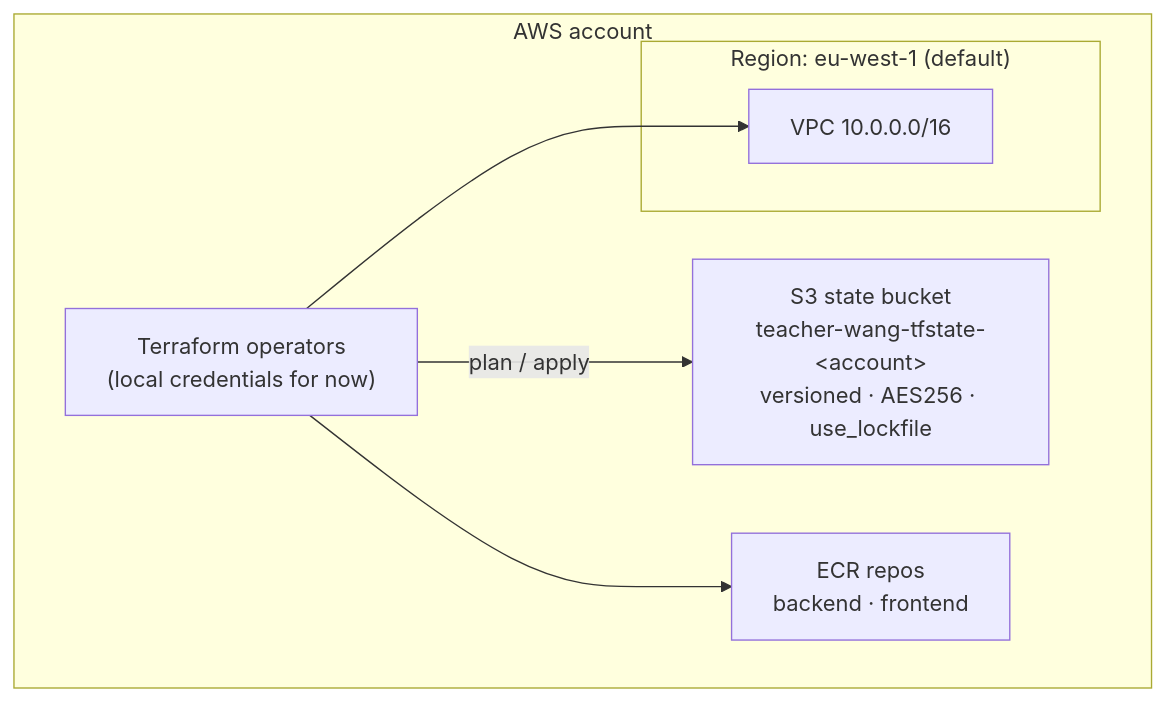
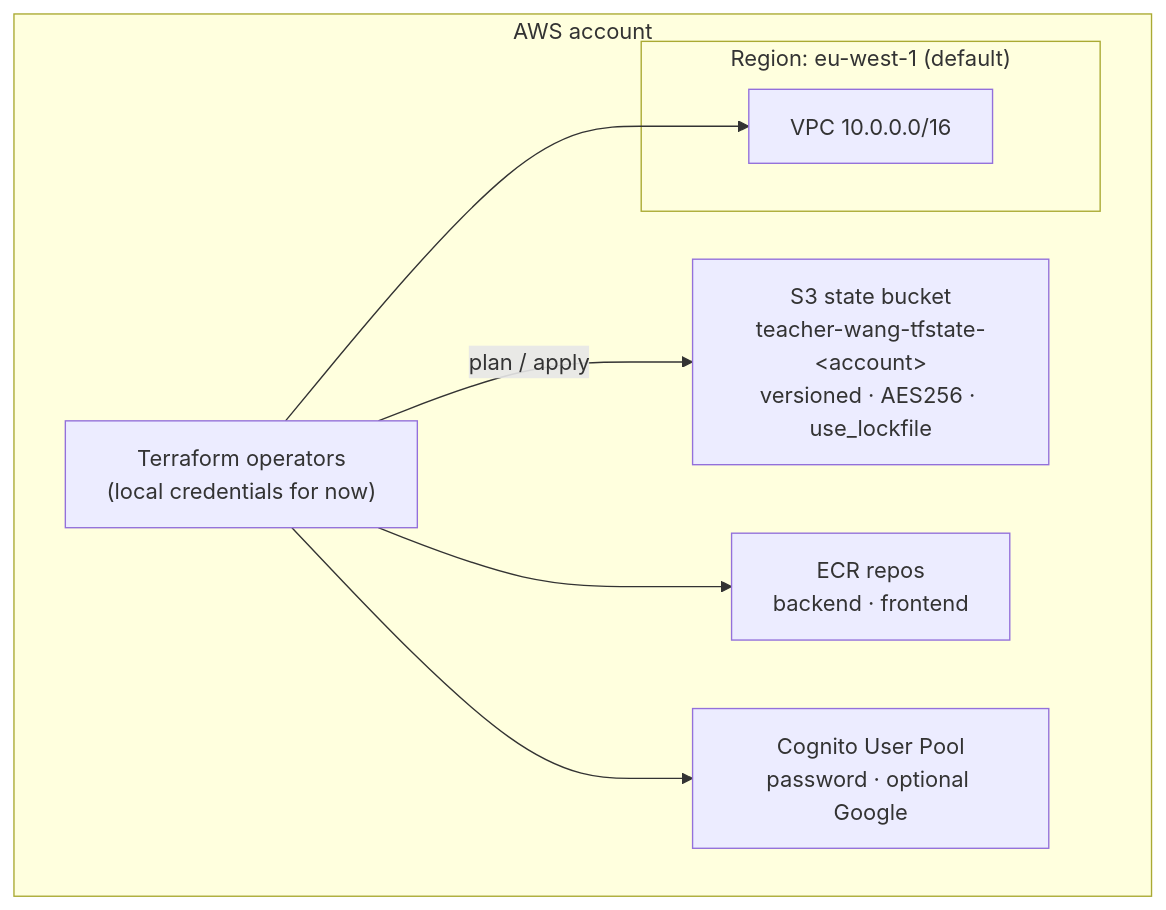
One commit to mazarsju/teacher-wang-infra changed the first of 6 diagrams in docs/architecture.md. Above: the diagram before and after it, drawn with Mermaid. The commit also changed other lines of this file and 11 other files, not shown here.

````diff
--- a/docs/architecture.md
+++ b/docs/architecture.md
@@ -17,16 +17,18 @@
 ```mermaid
 flowchart TB
   subgraph Account["AWS account"]
     TF["Terraform operators<br/>(local credentials for now)"]
     S3State["S3 state bucket<br/>teacher-wang-tfstate-&lt;account&gt;<br/>versioned · AES256 · use_lockfile"]
     ECR["ECR repos<br/>backend · frontend"]
+    Cognito["Cognito User Pool<br/>password · optional Google"]
 
     subgraph Region["Region: eu-west-1 (default)"]
       VPC["VPC 10.0.0.0/16"]
     end
   end
 
   TF -->|plan / apply| S3State
   TF --> VPC
   TF --> ECR
+  TF --> Cognito
 ```
````
